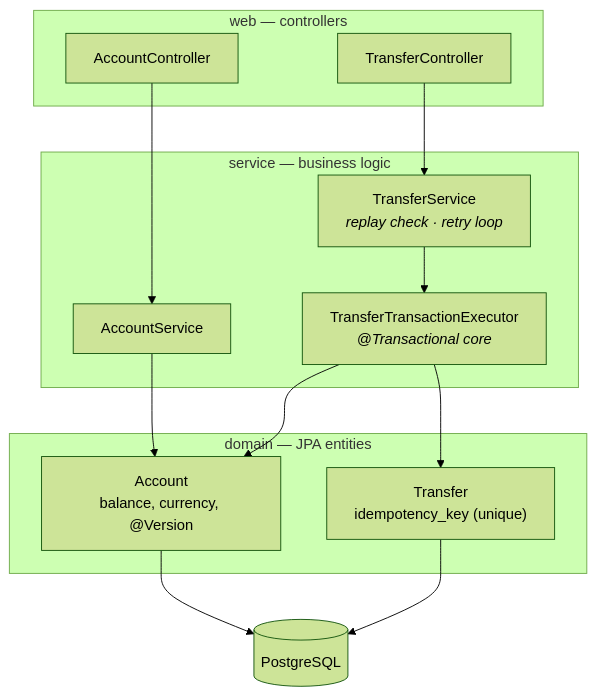
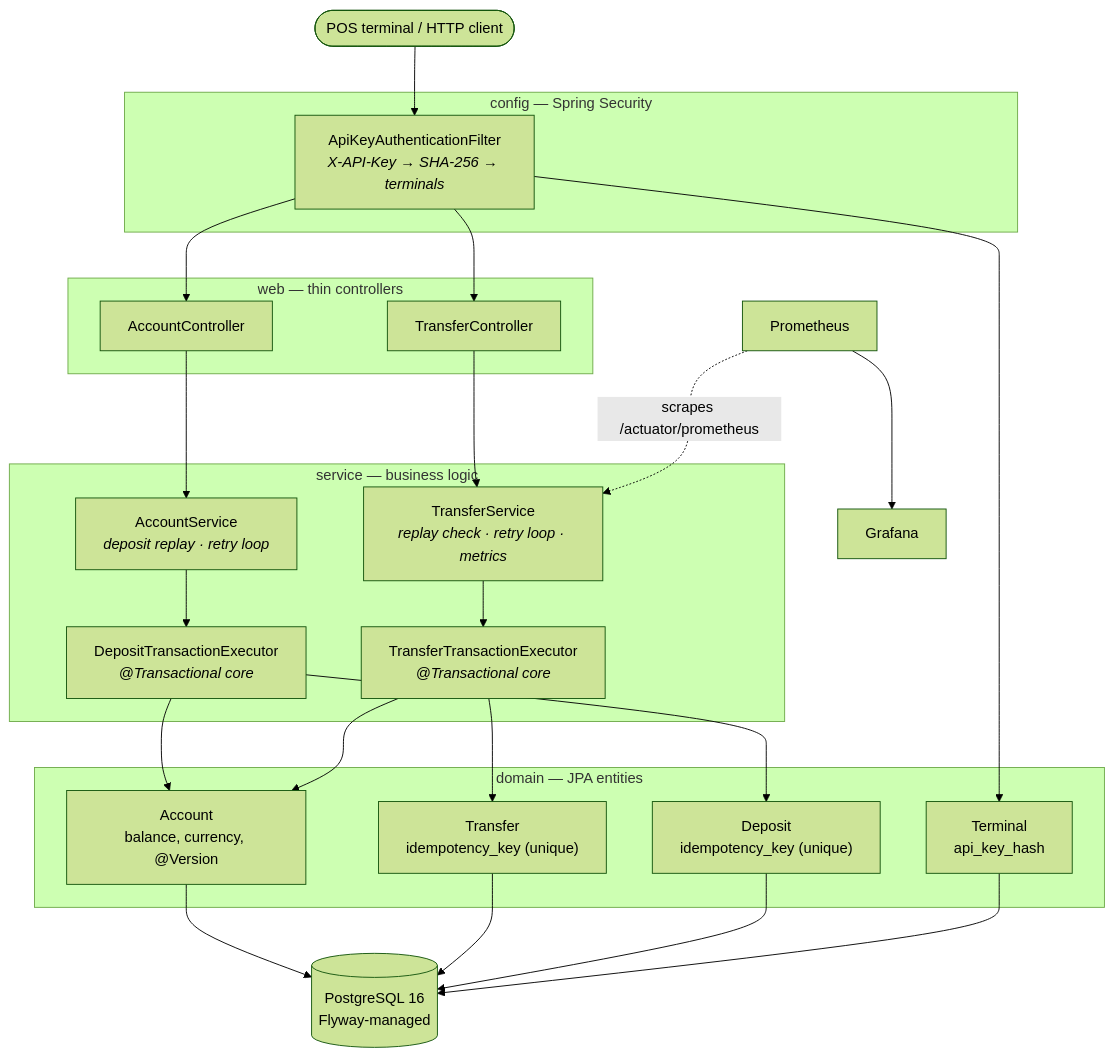
Before and after one commit to viache25/transfer-api: the second of 3 diagrams in README.md, drawn with Mermaid (forest theme). The commit also changed other lines of this file, not shown here.

First line of the commit message:
Revise README with updated API and project details

````diff
--- a/README.md
+++ b/README.md
@@ -84,26 +107,37 @@
 ```mermaid
 flowchart TB
-    subgraph web ["web — controllers"]
+    Client([POS terminal / HTTP client])
+
+    subgraph security ["config — Spring Security"]
+        F["ApiKeyAuthenticationFilter<br/><i>X-API-Key → SHA-256 → terminals</i>"]
+    end
+
+    subgraph web ["web — thin controllers"]
         AC[AccountController]
         TC[TransferController]
     end
 
     subgraph service ["service — business logic"]
-        AS[AccountService]
-        TS["TransferService<br/><i>replay check · retry loop</i>"]
+        AS["AccountService<br/><i>deposit replay · retry loop</i>"]
+        DX["DepositTransactionExecutor<br/><i>@Transactional core</i>"]
+        TS["TransferService<br/><i>replay check · retry loop · metrics</i>"]
         TX["TransferTransactionExecutor<br/><i>@Transactional core</i>"]
     end
 
     subgraph domain ["domain — JPA entities"]
         ACC["Account<br/>balance, currency, @Version"]
         TRF["Transfer<br/>idempotency_key (unique)"]
+        DEP["Deposit<br/>idempotency_key (unique)"]
+        TER["Terminal<br/>api_key_hash"]
     end
 
-    DB[(PostgreSQL)]
+    DB[(PostgreSQL 16<br/>Flyway-managed)]
+    PROM[Prometheus] --> GRAF[Grafana]
 
-    AC --> AS --> ACC
-    TC --> TS --> TX --> ACC
-    TX --> TRF
-    ACC --> DB
-    TRF --> DB
+    Client --> F --> AC & TC
+    AC --> AS --> DX --> ACC & DEP
+    TC --> TS --> TX --> ACC & TRF
+    F --> TER
+    ACC & TRF & DEP & TER --> DB
+    PROM -. scrapes /actuator/prometheus .-> TS
 ```
````
